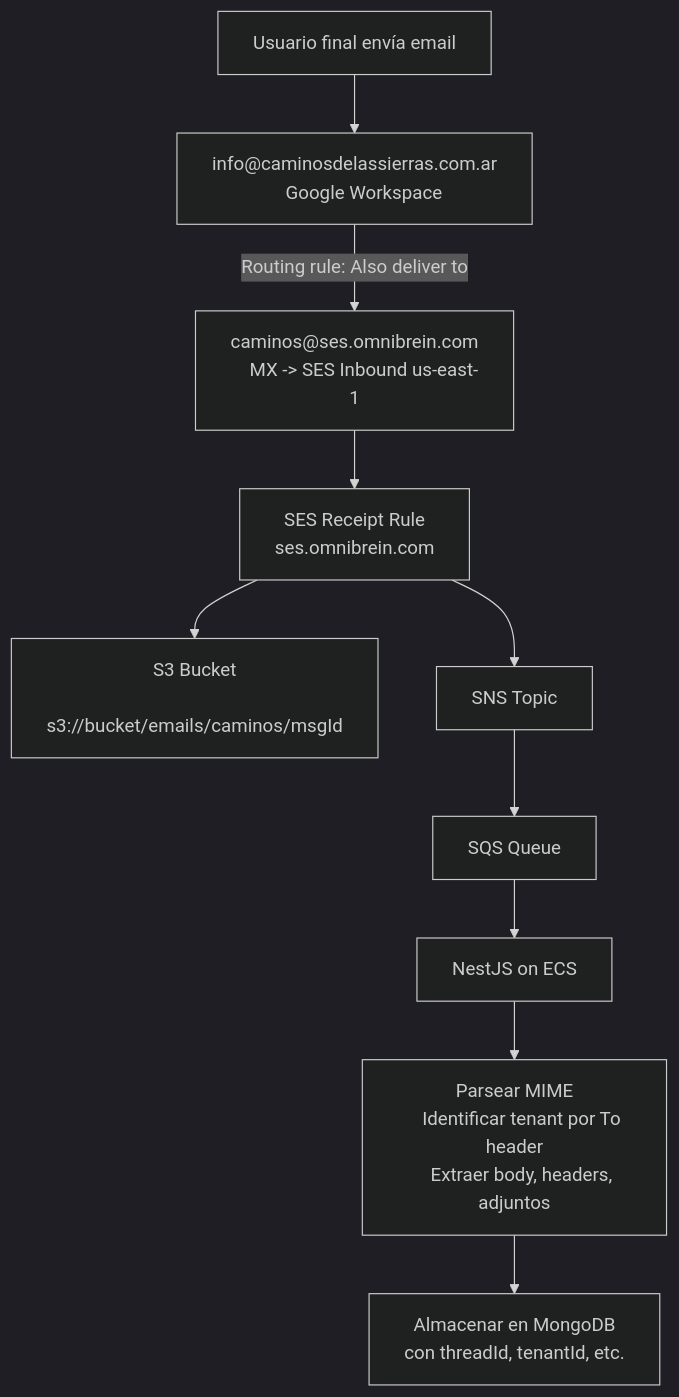
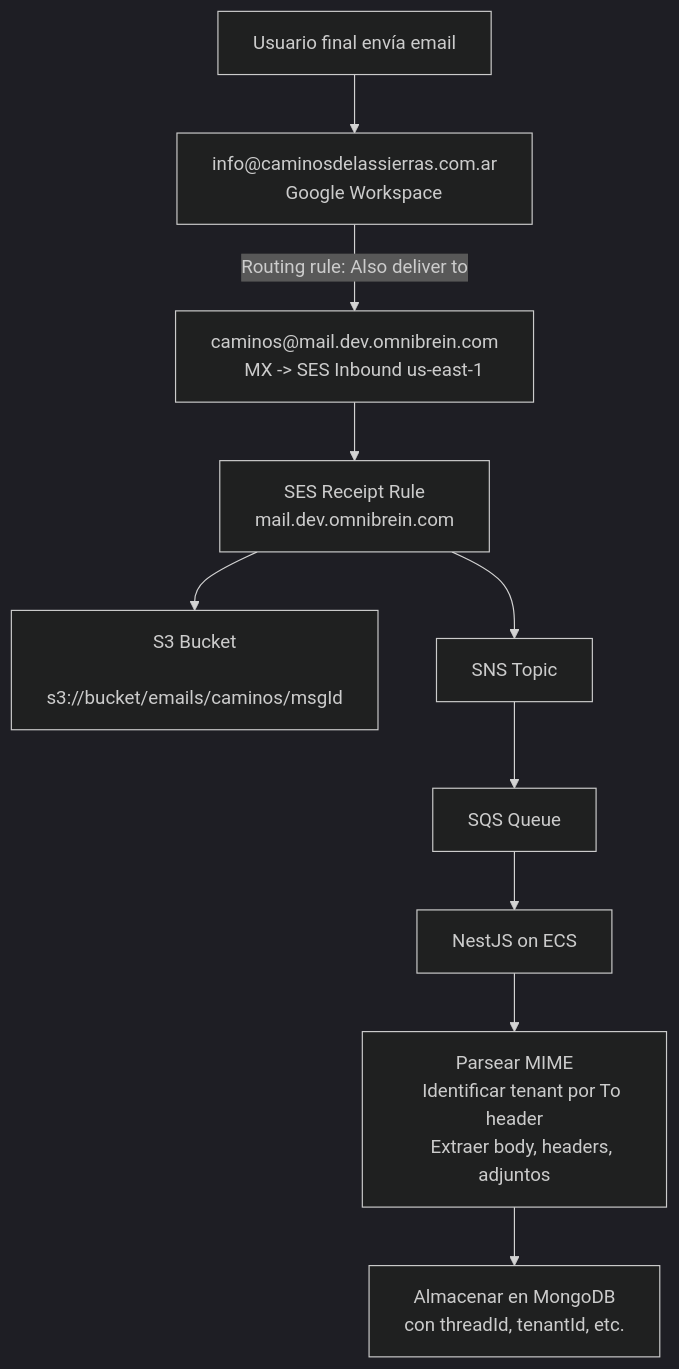
The fifth of 6 diagrams in findings-amazon-ses.md (diego-serrano-kenility/omni-mail-channel-research), drawn with Mermaid (dark theme) before and after one commit. The commit also changed other lines of this file and 2 other files, not shown here.

First line of the commit message:
Actualizar subdominio de mail a mail.dev.omnibrein.com y agregar diagrama de envío en A4

````diff
--- a/findings-amazon-ses.md
+++ b/findings-amazon-ses.md
@@ -627,19 +660,19 @@
 ```mermaid
 flowchart TD
     UserFinal["Usuario final envía email"] --> TenantBox["info@caminosdelassierras.com.ar
     Google Workspace"]
-    TenantBox -->|"Routing rule: Also deliver to"| SESIn["caminos@ses.omnibrein.com
+    TenantBox -->|"Routing rule: Also deliver to"| SESIn["caminos@mail.dev.omnibrein.com
     MX -> SES Inbound us-east-1"]
     SESIn --> RR["SES Receipt Rule
-    ses.omnibrein.com"]
+    mail.dev.omnibrein.com"]
     RR --> S3["S3 Bucket
     s3://bucket/emails/caminos/msgId"]
     RR --> SNS["SNS Topic"]
     SNS --> SQS["SQS Queue"]
     SQS --> NestJS["NestJS on ECS"]
     NestJS --> Parse["Parsear MIME
     Identificar tenant por To header
     Extraer body, headers, adjuntos"]
     Parse --> DB["Almacenar en MongoDB
     con threadId, tenantId, etc."]
 ```
````
